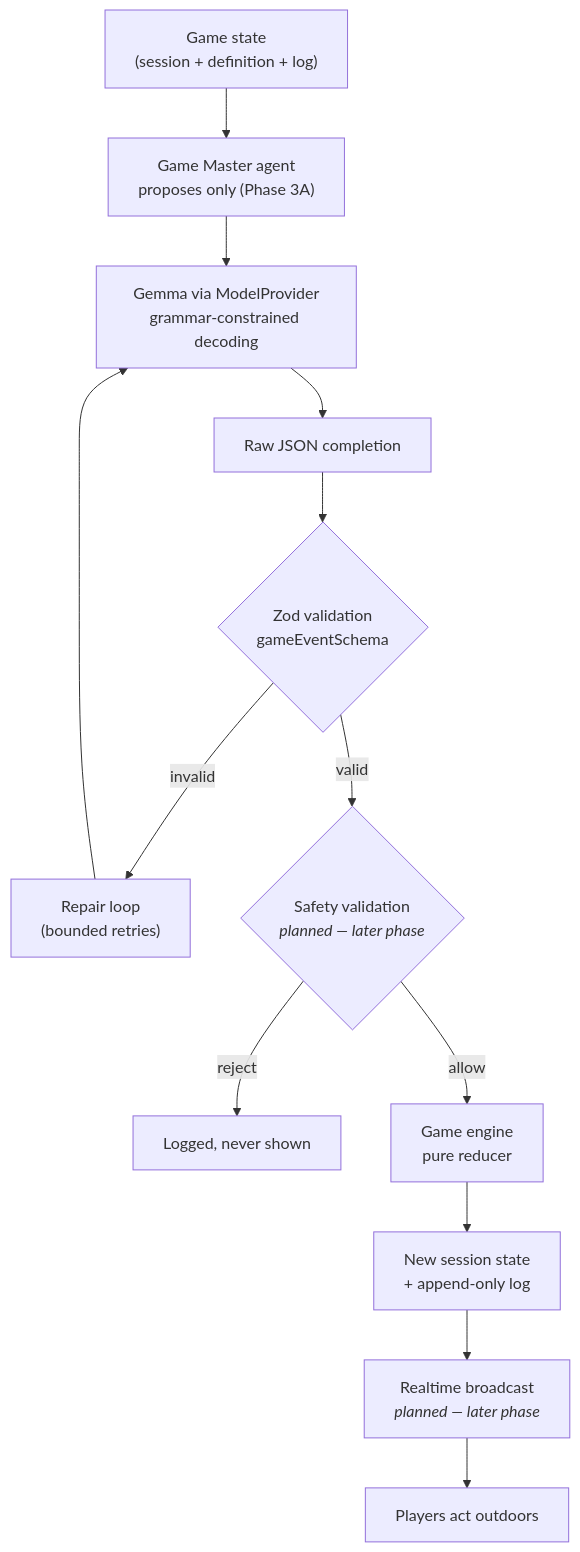
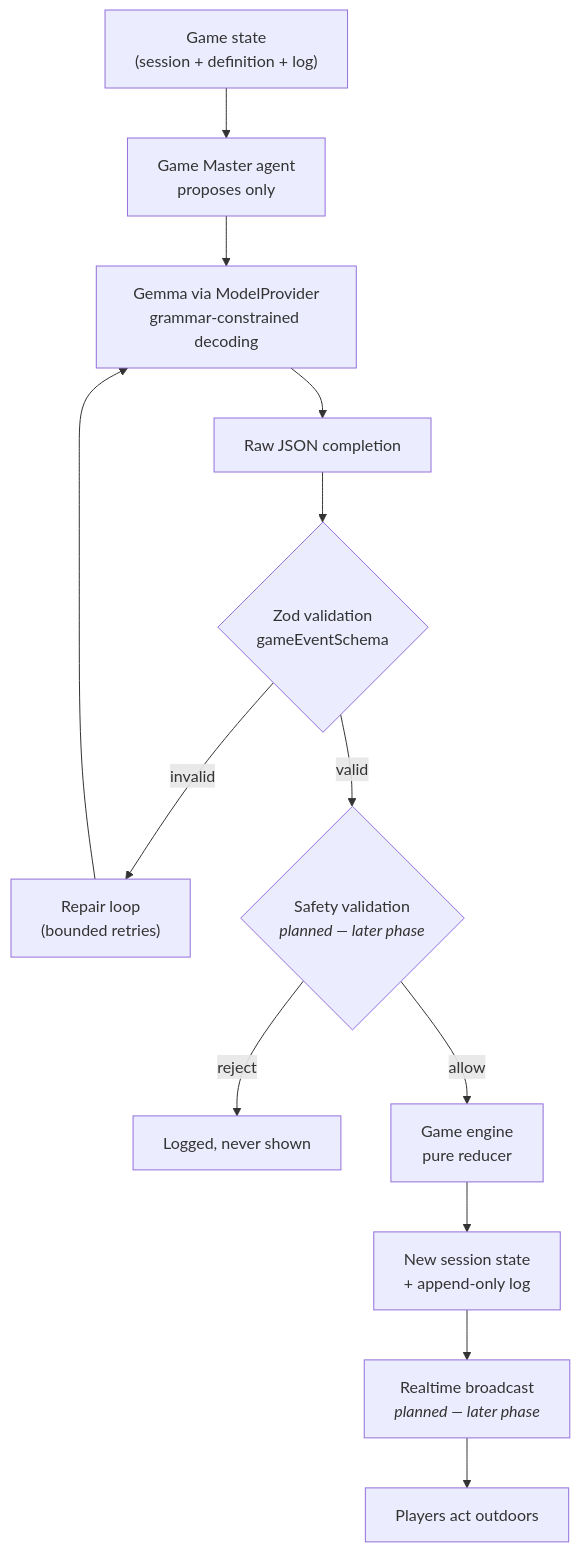
One commit to SHWETANK-SAURABH/touchgrass-game-master changed the first of 9 diagrams in ARCHITECTURE.md. Above: the diagram before and after it, drawn with Mermaid. The commit also changed other lines of this file and 15 other files, not shown here.

Commit message:
feat(ai): add state-aware game-master handoff

````diff
--- a/ARCHITECTURE.md
+++ b/ARCHITECTURE.md
@@ -78,20 +78,20 @@
 ```mermaid
 flowchart TD
     State["Game state<br/>(session + definition + log)"] --> Agent
-    Agent["Game Master agent<br/>proposes only (Phase 3A)"] --> Model
+    Agent["Game Master agent<br/>proposes only"] --> Model
     Model["Gemma via ModelProvider<br/>grammar-constrained decoding"] --> Raw
 
     Raw["Raw JSON completion"] --> Zod
     Zod{"Zod validation<br/>gameEventSchema"}
     Zod -- invalid --> Repair["Repair loop<br/>(bounded retries)"]
     Repair --> Model
     Zod -- valid --> Safety
 
     Safety{"Safety validation<br/><i>planned — later phase</i>"}
     Safety -- reject --> Audit["Logged, never shown"]
     Safety -- allow --> Engine
 
     Engine["Game engine<br/>pure reducer"] --> NewState["New session state<br/>+ append-only log"]
     NewState --> Broadcast["Realtime broadcast<br/><i>planned — later phase</i>"]
     Broadcast --> Players["Players act outdoors"]
 ```
````
